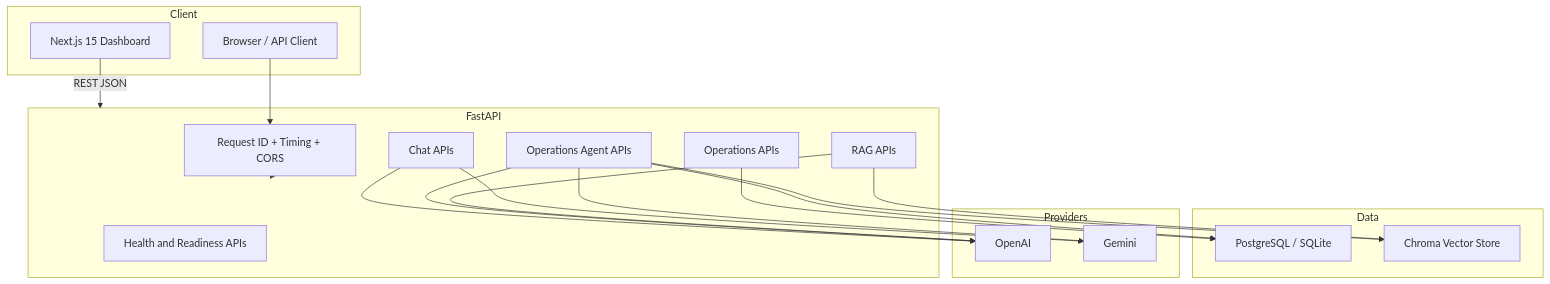
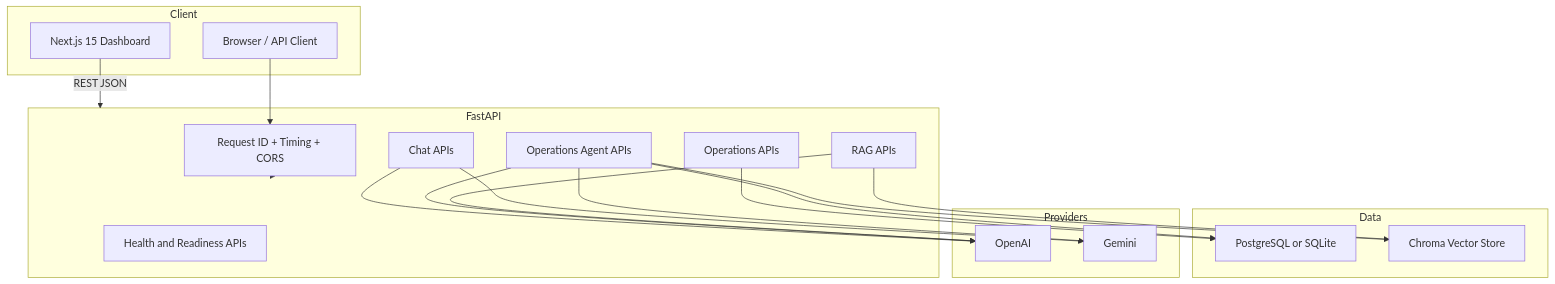
The first of 2 diagrams in README.md (siddharthkhandelwal192/agentic-flight-ops-intel), drawn with Mermaid before and after one commit.

Commit message:
Refine Mermaid database label for compatibility
Agent-Logs-Url: https://github.com/siddharthkhandelwal192/agentic-flight-ops-intel/sessions/f8ed2852-10e8-4c98-a47a-2dd43b80f3cb

````diff
--- a/README.md
+++ b/README.md
@@ -26,34 +26,34 @@
 ```mermaid
 flowchart TB
   subgraph Client
     WEB["Next.js 15 Dashboard"]
     C["Browser / API Client"]
   end
   subgraph API["FastAPI"]
     MW["Request ID + Timing + CORS"]
     H["Health and Readiness APIs"]
     OPS["Operations APIs"]
     CHAT["Chat APIs"]
     AG["Operations Agent APIs"]
     RAG["RAG APIs"]
   end
   subgraph Data
-    DB["PostgreSQL / SQLite"]
+    DB["PostgreSQL or SQLite"]
     V["Chroma Vector Store"]
   end
   subgraph Providers
     OAI["OpenAI"]
     GEM["Gemini"]
   end
   WEB -->|REST JSON| API
   C --> MW --> API
   OPS --> DB
   AG --> DB
   AG --> V
   RAG --> V
   CHAT --> OAI
   CHAT --> GEM
   AG --> OAI
   AG --> GEM
   RAG --> OAI
 ```
````
